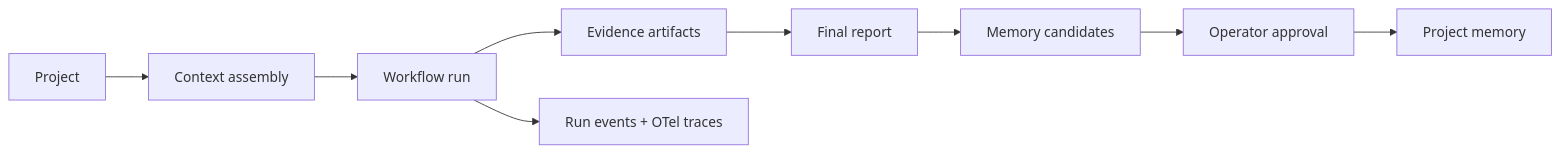
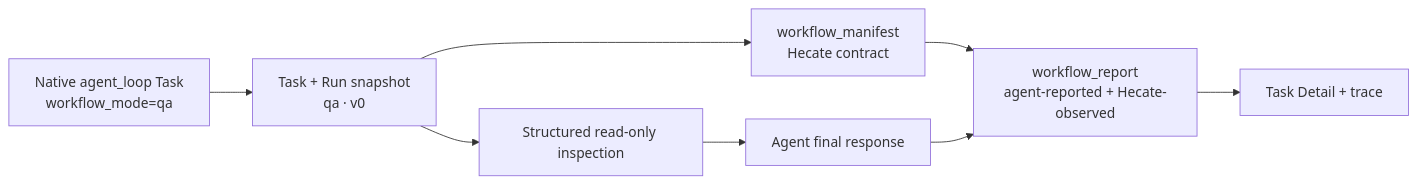
One commit to hecatehq/hecate changed the diagram in docs/design/proposals/workflow-runbooks-v0.md. Above: the diagram before and after it, drawn with Mermaid. The commit also changed other lines of this file and 45 other files, not shown here.

Commit message:
feat(tasks): add report-only QA workflow

````diff
--- a/docs/design/proposals/workflow-runbooks-v0.md
+++ b/docs/design/proposals/workflow-runbooks-v0.md
@@ -49,11 +58,10 @@
 ```mermaid
 flowchart LR
-    A["Project"] --> B["Context assembly"]
-    B --> C["Workflow run"]
-    C --> D["Evidence artifacts"]
-    C --> E["Run events + OTel traces"]
-    D --> F["Final report"]
-    F --> G["Memory candidates"]
-    G --> H["Operator approval"]
-    H --> I["Project memory"]
+    A["Native agent_loop Task<br/>workflow_mode=qa"] --> B["Task + Run snapshot<br/>qa · v0"]
+    B --> C["workflow_manifest<br/>Hecate contract"]
+    B --> D["Structured read-only inspection"]
+    D --> F["Agent final response"]
+    C --> G["workflow_report<br/>agent-reported + Hecate-observed"]
+    F --> G
+    G --> H["Task Detail + trace"]
 ```
````
